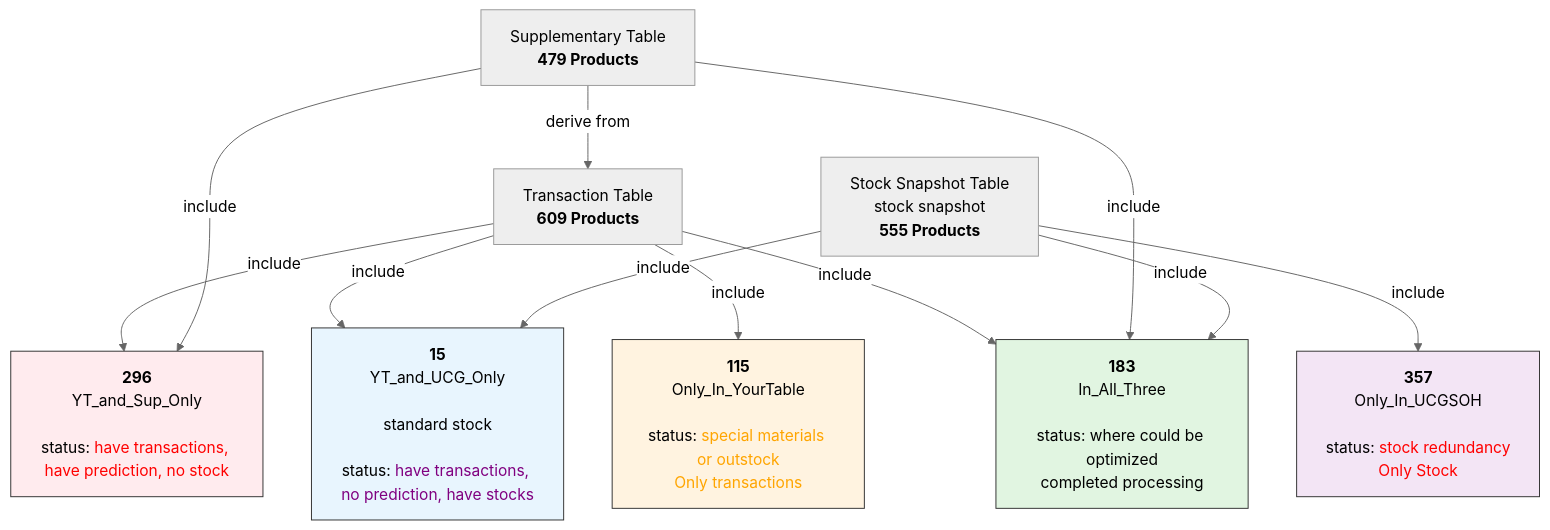
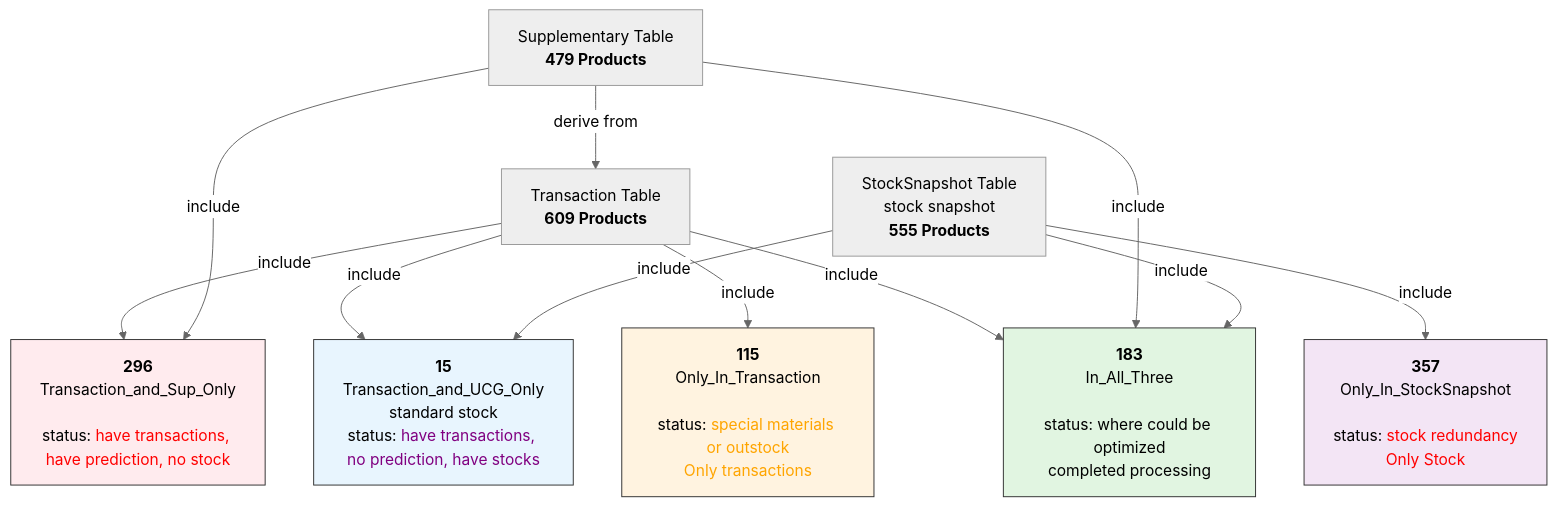
One commit to Inessa-YG/Marketing changed the diagram in Telecommunication/Table relationships by productcode.md. Above: the diagram before and after it, drawn with Mermaid (neutral theme).

Commit message:
Update table relationships and status descriptions

````diff
--- a/Telecommunication/Table relationships by productcode.md
+++ b/Telecommunication/Table relationships by productcode.md
@@ -1,37 +1,37 @@
 ```mermaid
 flowchart TD
     A[Transaction Table<br><b>609 Products]
 
     B[Supplementary Table<br><b>479 Products]
 
-    C[Stock Snapshot Table<br>stock snapshot<br><b>555 Products]
+    C[StockSnapshot Table<br>stock snapshot<br><b>555 Products]
 
-    AB[<b>296</b><br>YT_and_Sup_Only<br><br>status: <font color=red>have transactions, have prediction, no stock]
+    AB[<b>296</b><br>Transaction_and_Sup_Only<br><br>status: <font color=red>have transactions, have prediction, no stock]
 
-    AC[<b>15</b><br>YT_and_UCG_Only<br><br>standard stock<br><br>status: <font color=purple>have transactions, no prediction, have stocks]
+    AC[<b>15</b><br>Transaction_and_UCG_Only<br>standard stock<br>status: <font color=purple>have transactions, no prediction, have stocks]
 
-    A_Only[<b>115</b><br>Only_In_YourTable<br><br>status: <font color=orange>special materials or outstock<br>Only transactions]
+    A_Only[<b>115</b><br>Only_In_Transaction<br><br>status: <font color=orange>special materials or outstock<br>Only transactions]
 
-    C_Only[<b>357</b><br>Only_In_UCGSOH<br><br>status: <font color=red>stock redundancy<br>Only Stock]
+    C_Only[<b>357</b><br>Only_In_StockSnapshot<br><br>status: <font color=red>stock redundancy<br>Only Stock]
 
     ABC["<b>183</b><br>In_All_Three<br><br>status: where could be optimized<br>completed processing"]
 
     A -->|include| AB
     A -->|include| AC
     A -->|include| A_Only
     A -->|include| ABC
 
     B -->|derive from| A
     B -->|include| AB
     B -->|include| ABC
 
     C -->|include| AC
     C -->|include| C_Only
     C -->|include| ABC
 
     style ABC fill:#e1f5e1,stroke:#333
     style AB fill:#ffebee,stroke:#333
     style A_Only fill:#fff3e0,stroke:#333
     style C_Only fill:#f3e5f5,stroke:#333
     style AC fill:#e8f5fe,stroke:#333
 ```
````
